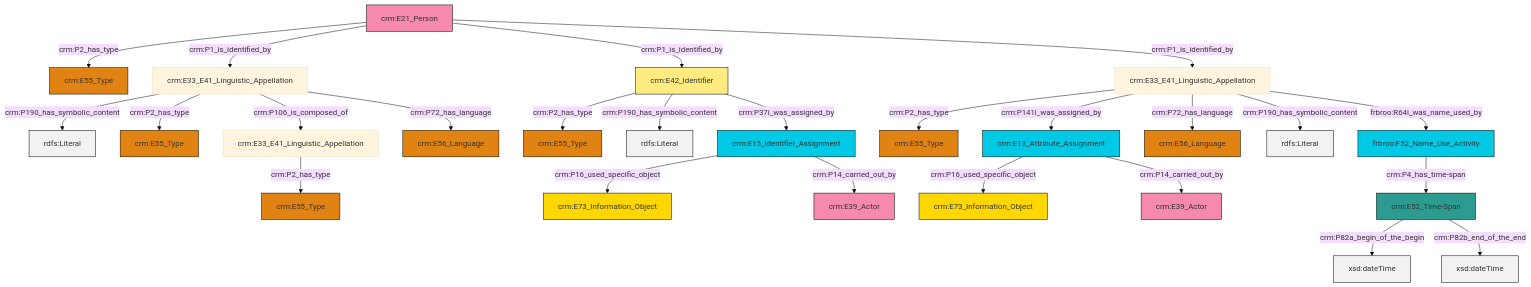
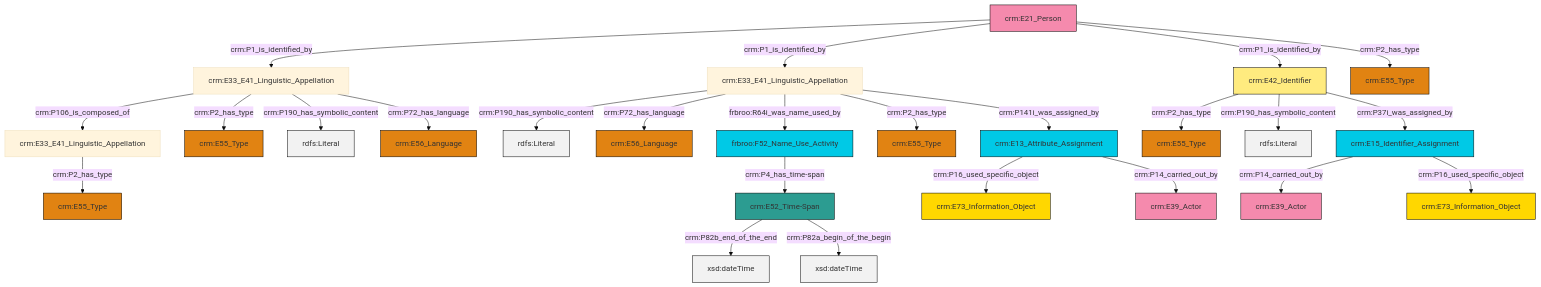
Before and after one commit to swiss-art-research-net/docs.swissartresearch: the diagram in et/personCSV/ttl/mmd/Person_Names_and_Classification.ttl.mmd, drawn with Mermaid (base theme). The commit also changed 177 other files, not shown here.

```diff
--- a/et/personCSV/ttl/mmd/Person_Names_and_Classification.ttl.mmd
+++ b/et/personCSV/ttl/mmd/Person_Names_and_Classification.ttl.mmd
@@ -1,39 +1,39 @@
 graph TD
 classDef Literal fill:#f2f2f2,stroke:#000000;
 classDef CRM_Entity fill:#FFFFFF,stroke:#000000;
 classDef Temporal_Entity fill:#00C9E6, stroke:#000000;
 classDef Type fill:#E18312, stroke:#000000;
 classDef Time-Span fill:#2C9C91, stroke:#000000;
 classDef Appellation fill:#FFEB7F, stroke:#000000;
 classDef Place fill:#008836, stroke:#000000;
 classDef Persistent_Item fill:#B266B2, stroke:#000000;
 classDef Conceptual_Object fill:#FFD700, stroke:#000000;
 classDef Physical_Thing fill:#D2B48C, stroke:#000000;
 classDef Actor fill:#f58aad, stroke:#000000;
 classDef PC_Classes fill:#4ce600, stroke:#000000;
 classDef Multi fill:#cccccc,stroke:#000000;
 
-2["crm:E42_Identifier"]:::Appellation -->|crm:P2_has_type| 3["crm:E55_Type"]:::Type
-8["crm:E33_E41_Linguistic_Appellation"]:::Default -->|crm:P190_has_symbolic_content| 9[rdfs:Literal]:::Literal
-12["crm:E13_Attribute_Assignment"]:::Temporal_Entity -->|crm:P16_used_specific_object| 13["crm:E73_Information_Object"]:::Conceptual_Object
-2["crm:E42_Identifier"]:::Appellation -->|crm:P190_has_symbolic_content| 16[rdfs:Literal]:::Literal
-12["crm:E13_Attribute_Assignment"]:::Temporal_Entity -->|crm:P14_carried_out_by| 0["crm:E39_Actor"]:::Actor
-17["crm:E52_Time-Span"]:::Time-Span -->|crm:P82a_begin_of_the_begin| 18[xsd:dateTime]:::Literal
-19["crm:E33_E41_Linguistic_Appellation"]:::Default -->|crm:P2_has_type| 20["crm:E55_Type"]:::Type
-19["crm:E33_E41_Linguistic_Appellation"]:::Default -->|crm:P141i_was_assigned_by| 12["crm:E13_Attribute_Assignment"]:::Temporal_Entity
-19["crm:E33_E41_Linguistic_Appellation"]:::Default -->|crm:P72_has_language| 4["crm:E56_Language"]:::Type
-8["crm:E33_E41_Linguistic_Appellation"]:::Default -->|crm:P2_has_type| 6["crm:E55_Type"]:::Type
-10["crm:E21_Person"]:::Actor -->|crm:P2_has_type| 14["crm:E55_Type"]:::Type
-19["crm:E33_E41_Linguistic_Appellation"]:::Default -->|crm:P190_has_symbolic_content| 27[rdfs:Literal]:::Literal
-8["crm:E33_E41_Linguistic_Appellation"]:::Default -->|crm:P106_is_composed_of| 21["crm:E33_E41_Linguistic_Appellation"]:::Default
-8["crm:E33_E41_Linguistic_Appellation"]:::Default -->|crm:P72_has_language| 24["crm:E56_Language"]:::Type
-10["crm:E21_Person"]:::Actor -->|crm:P1_is_identified_by| 8["crm:E33_E41_Linguistic_Appellation"]:::Default
-10["crm:E21_Person"]:::Actor -->|crm:P1_is_identified_by| 2["crm:E42_Identifier"]:::Appellation
-30["frbroo:F52_Name_Use_Activity"]:::Temporal_Entity -->|crm:P4_has_time-span| 17["crm:E52_Time-Span"]:::Time-Span
-21["crm:E33_E41_Linguistic_Appellation"]:::Default -->|crm:P2_has_type| 31["crm:E55_Type"]:::Type
-19["crm:E33_E41_Linguistic_Appellation"]:::Default -->|frbroo:R64i_was_name_used_by| 30["frbroo:F52_Name_Use_Activity"]:::Temporal_Entity
-17["crm:E52_Time-Span"]:::Time-Span -->|crm:P82b_end_of_the_end| 38[xsd:dateTime]:::Literal
-34["crm:E15_Identifier_Assignment"]:::Temporal_Entity -->|crm:P16_used_specific_object| 41["crm:E73_Information_Object"]:::Conceptual_Object
-10["crm:E21_Person"]:::Actor -->|crm:P1_is_identified_by| 19["crm:E33_E41_Linguistic_Appellation"]:::Default
-2["crm:E42_Identifier"]:::Appellation -->|crm:P37i_was_assigned_by| 34["crm:E15_Identifier_Assignment"]:::Temporal_Entity
-34["crm:E15_Identifier_Assignment"]:::Temporal_Entity -->|crm:P14_carried_out_by| 28["crm:E39_Actor"]:::Actor
+0["crm:E15_Identifier_Assignment"]:::Temporal_Entity -->|crm:P14_carried_out_by| 1["crm:E39_Actor"]:::Actor
+3["crm:E33_E41_Linguistic_Appellation"]:::Default -->|crm:P2_has_type| 4["crm:E55_Type"]:::Type
+7["crm:E42_Identifier"]:::Appellation -->|crm:P2_has_type| 8["crm:E55_Type"]:::Type
+5["crm:E52_Time-Span"]:::Time-Span -->|crm:P82b_end_of_the_end| 9[xsd:dateTime]:::Literal
+14["crm:E33_E41_Linguistic_Appellation"]:::Default -->|crm:P190_has_symbolic_content| 15[rdfs:Literal]:::Literal
+14["crm:E33_E41_Linguistic_Appellation"]:::Default -->|crm:P72_has_language| 18["crm:E56_Language"]:::Type
+14["crm:E33_E41_Linguistic_Appellation"]:::Default -->|frbroo:R64i_was_name_used_by| 10["frbroo:F52_Name_Use_Activity"]:::Temporal_Entity
+19["crm:E13_Attribute_Assignment"]:::Temporal_Entity -->|crm:P16_used_specific_object| 16["crm:E73_Information_Object"]:::Conceptual_Object
+22["crm:E21_Person"]:::Actor -->|crm:P1_is_identified_by| 23["crm:E33_E41_Linguistic_Appellation"]:::Default
+23["crm:E33_E41_Linguistic_Appellation"]:::Default -->|crm:P106_is_composed_of| 3["crm:E33_E41_Linguistic_Appellation"]:::Default
+0["crm:E15_Identifier_Assignment"]:::Temporal_Entity -->|crm:P16_used_specific_object| 26["crm:E73_Information_Object"]:::Conceptual_Object
+19["crm:E13_Attribute_Assignment"]:::Temporal_Entity -->|crm:P14_carried_out_by| 28["crm:E39_Actor"]:::Actor
+5["crm:E52_Time-Span"]:::Time-Span -->|crm:P82a_begin_of_the_begin| 29[xsd:dateTime]:::Literal
+14["crm:E33_E41_Linguistic_Appellation"]:::Default -->|crm:P2_has_type| 24["crm:E55_Type"]:::Type
+23["crm:E33_E41_Linguistic_Appellation"]:::Default -->|crm:P2_has_type| 34["crm:E55_Type"]:::Type
+14["crm:E33_E41_Linguistic_Appellation"]:::Default -->|crm:P141i_was_assigned_by| 19["crm:E13_Attribute_Assignment"]:::Temporal_Entity
+23["crm:E33_E41_Linguistic_Appellation"]:::Default -->|crm:P190_has_symbolic_content| 39[rdfs:Literal]:::Literal
+23["crm:E33_E41_Linguistic_Appellation"]:::Default -->|crm:P72_has_language| 40["crm:E56_Language"]:::Type
+22["crm:E21_Person"]:::Actor -->|crm:P1_is_identified_by| 14["crm:E33_E41_Linguistic_Appellation"]:::Default
+7["crm:E42_Identifier"]:::Appellation -->|crm:P190_has_symbolic_content| 41[rdfs:Literal]:::Literal
+10["frbroo:F52_Name_Use_Activity"]:::Temporal_Entity -->|crm:P4_has_time-span| 5["crm:E52_Time-Span"]:::Time-Span
+7["crm:E42_Identifier"]:::Appellation -->|crm:P37i_was_assigned_by| 0["crm:E15_Identifier_Assignment"]:::Temporal_Entity
+22["crm:E21_Person"]:::Actor -->|crm:P1_is_identified_by| 7["crm:E42_Identifier"]:::Appellation
+22["crm:E21_Person"]:::Actor -->|crm:P2_has_type| 12["crm:E55_Type"]:::Type
```
